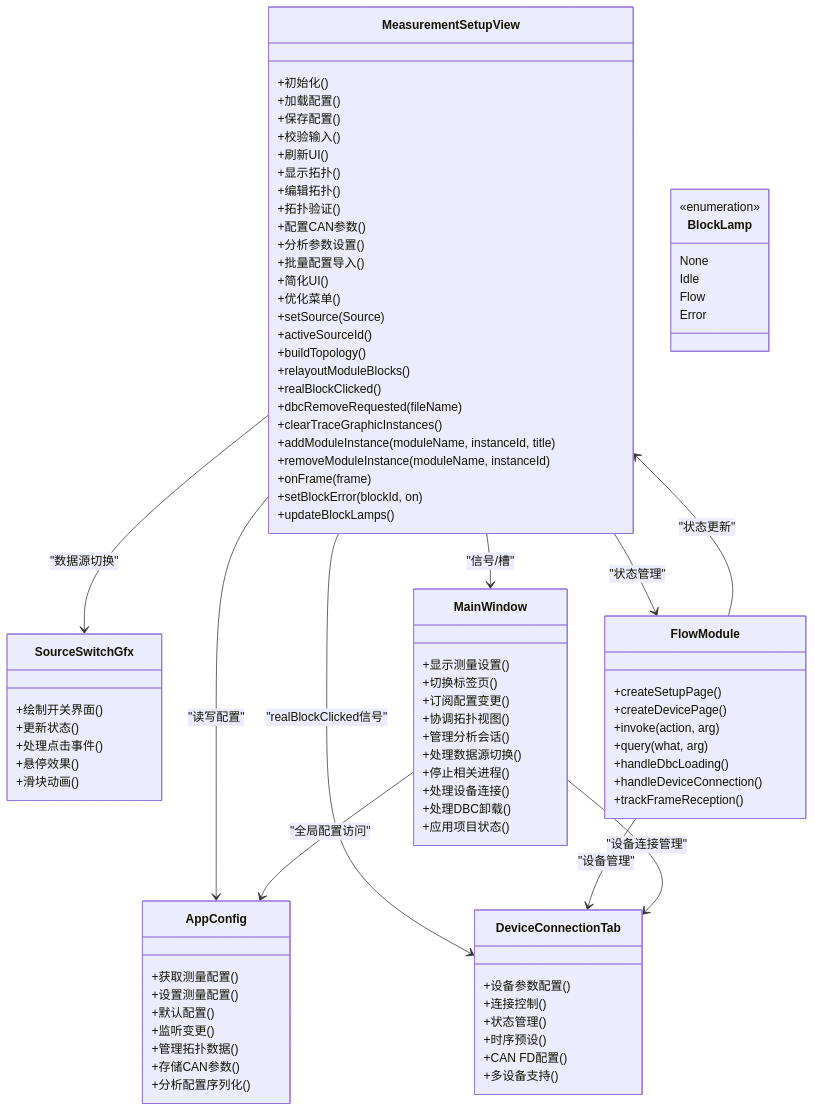
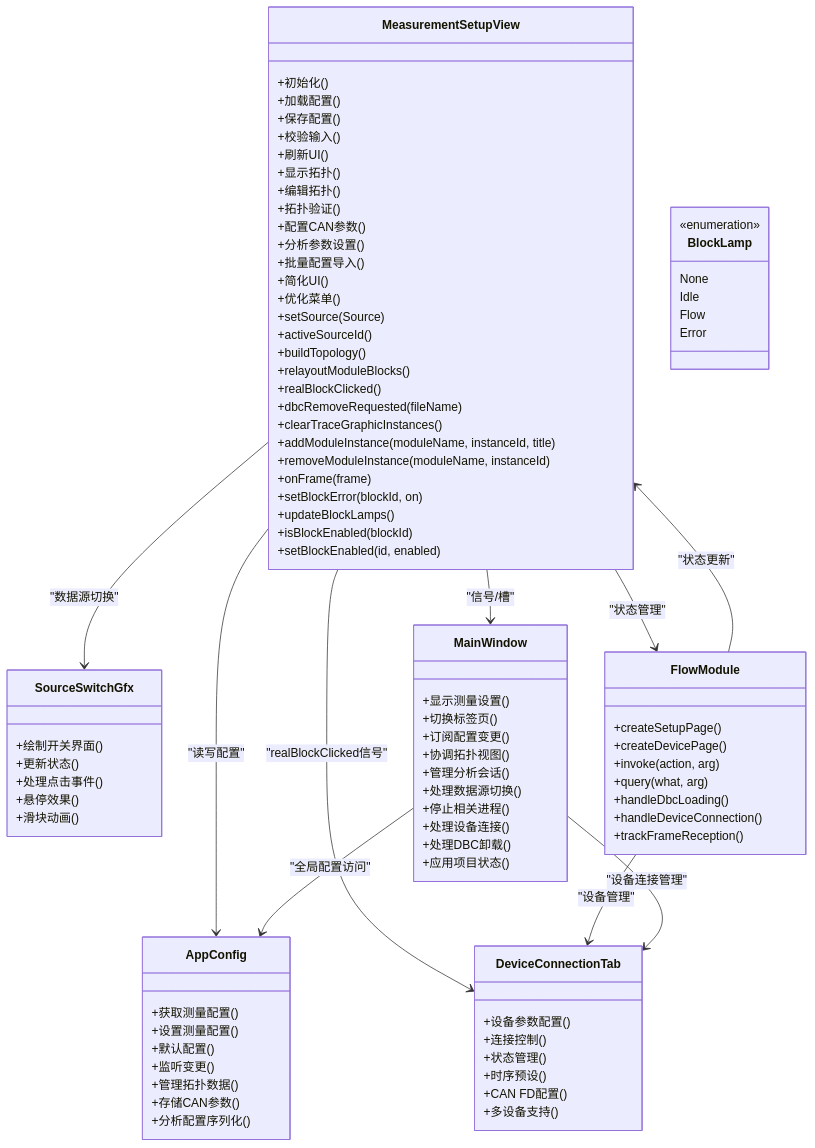
The second of 10 diagrams in .qoder/repowiki/zh/content/架构设计/UI系统设计/测量设置视图组件.md (jakecai1225-design/OpenBus), drawn with Mermaid before and after one commit. The commit also changed other lines of this file and 16 other files, not shown here.

Commit message:
新增信号发生器 flow 拖拽文件

```diff
--- a/.qoder/repowiki/zh/content/架构设计/UI系统设计/测量设置视图组件.md
+++ b/.qoder/repowiki/zh/content/架构设计/UI系统设计/测量设置视图组件.md
@@ -171,6 +171,8 @@
 +onFrame(frame)
 +setBlockError(blockId, on)
 +updateBlockLamps()
++isBlockEnabled(blockId)
++setBlockEnabled(id, enabled)
 }
 class DeviceConnectionTab {
 +设备参数配置()
```
